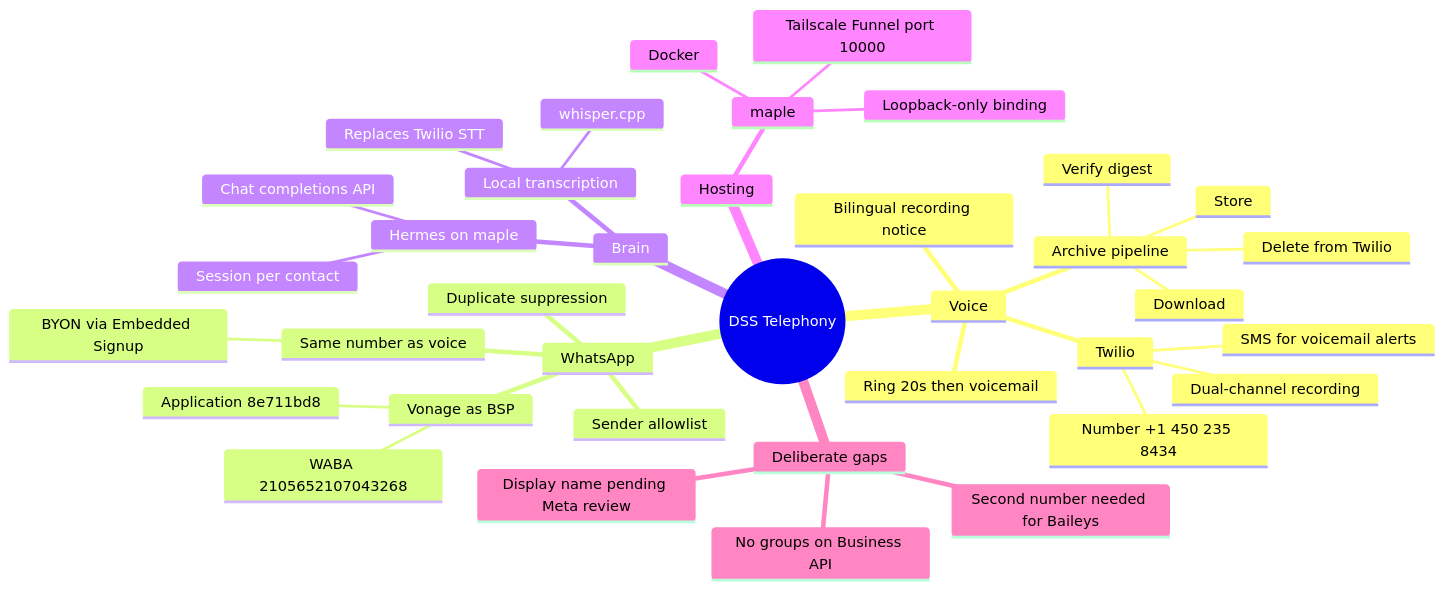
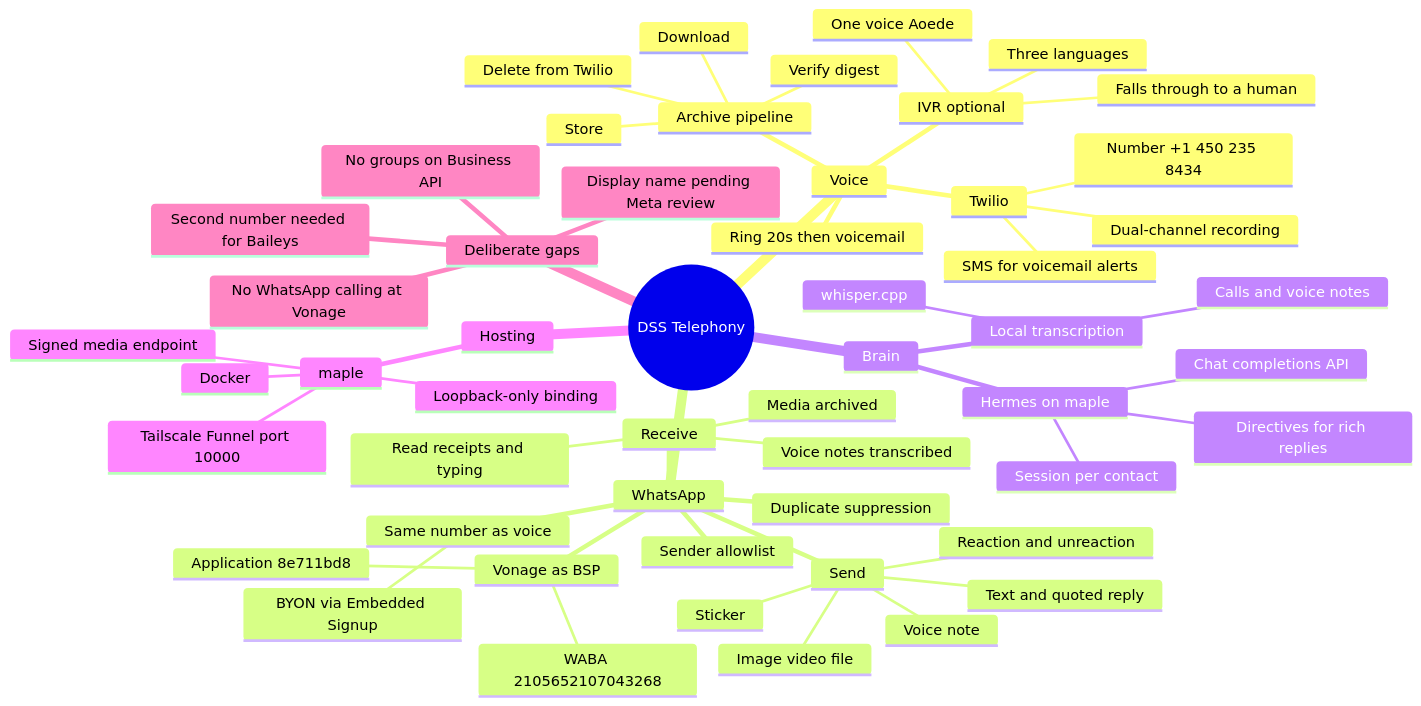
Before and after one commit to garnetcsmain/dssmultiservices: the first of 5 diagrams in telephony-service/docs/ARCHITECTURE.md, drawn with Mermaid. The commit also changed other lines of this file and 25 other files, not shown here.

First line of the commit message:
telephony: media enriquecida en WhatsApp, IVR trilingue y voz generativa

````diff
--- a/telephony-service/docs/ARCHITECTURE.md
+++ b/telephony-service/docs/ARCHITECTURE.md
@@ -12,40 +12,56 @@
 ```mermaid
 mindmap
   root((DSS Telephony))
     Voice
       Twilio
         Number +1 450 235 8434
         Dual-channel recording
         SMS for voicemail alerts
+      IVR optional
+        Three languages
+        One voice Aoede
+        Falls through to a human
       Ring 20s then voicemail
-      Bilingual recording notice
       Archive pipeline
         Download
         Store
         Verify digest
         Delete from Twilio
     WhatsApp
       Vonage as BSP
         WABA 2105652107043268
         Application 8e711bd8
       Same number as voice
         BYON via Embedded Signup
+      Send
+        Text and quoted reply
+        Image video file
+        Voice note
+        Sticker
+        Reaction and unreaction
+      Receive
+        Media archived
+        Voice notes transcribed
+        Read receipts and typing
       Sender allowlist
       Duplicate suppression
     Brain
       Hermes on maple
         Chat completions API
         Session per contact
+        Directives for rich replies
       Local transcription
         whisper.cpp
-        Replaces Twilio STT
+        Calls and voice notes
     Hosting
       maple
         Docker
         Tailscale Funnel port 10000
         Loopback-only binding
+        Signed media endpoint
     Deliberate gaps
+      No WhatsApp calling at Vonage
       No groups on Business API
       Second number needed for Baileys
       Display name pending Meta review
 ```
````
